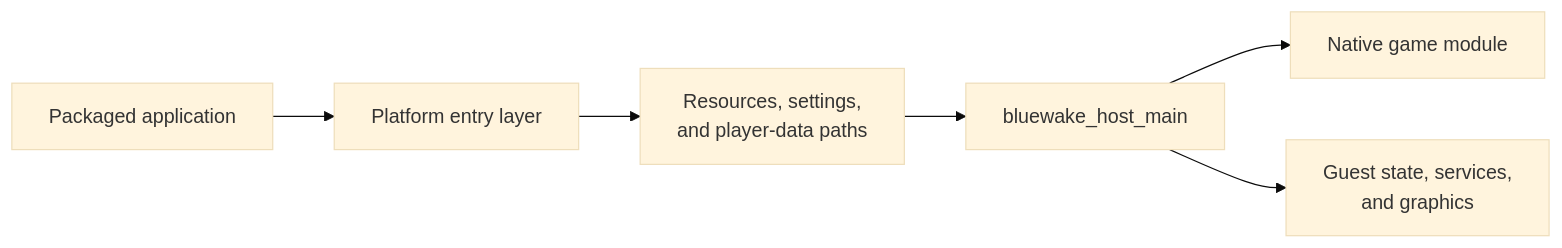
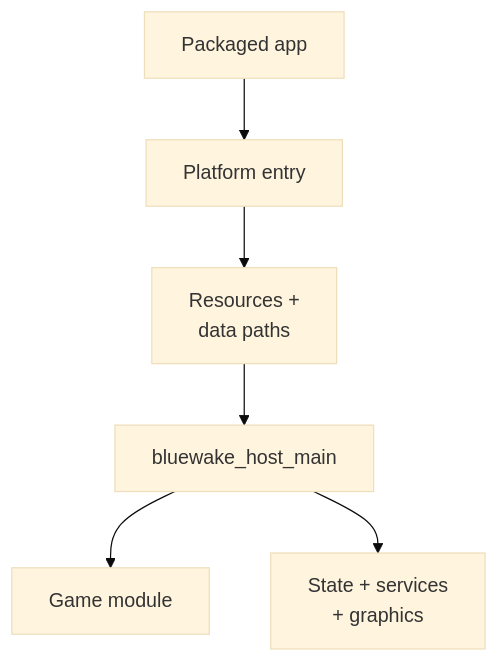
The diagram in docs/architecture/runtime/Host.md (Aelbannan/boat_of_daphnes), drawn with Mermaid (base theme) before and after one commit. The commit also changed 6 other files, not shown here.

Commit message:
docs: prevent runtime diagram truncation

````diff
--- a/docs/architecture/runtime/Host.md
+++ b/docs/architecture/runtime/Host.md
@@ -19,13 +19,13 @@
 ```mermaid
-flowchart LR
-    Package["Packaged application"]
-    Entry["Platform entry layer"]
-    Paths["Resources, settings,<br/>and player-data paths"]
+flowchart TD
+    Package["Packaged app"]
+    Entry["Platform entry"]
+    Paths["Resources +<br/>data paths"]
     Host["bluewake_host_main"]
-    Module["Native game module"]
-    Runtime["Guest state, services,<br/>and graphics"]
+    Module["Game module"]
+    Runtime["State + services<br/>+ graphics"]
 
     Package --> Entry --> Paths --> Host
     Host --> Module
     Host --> Runtime
 ```
````
